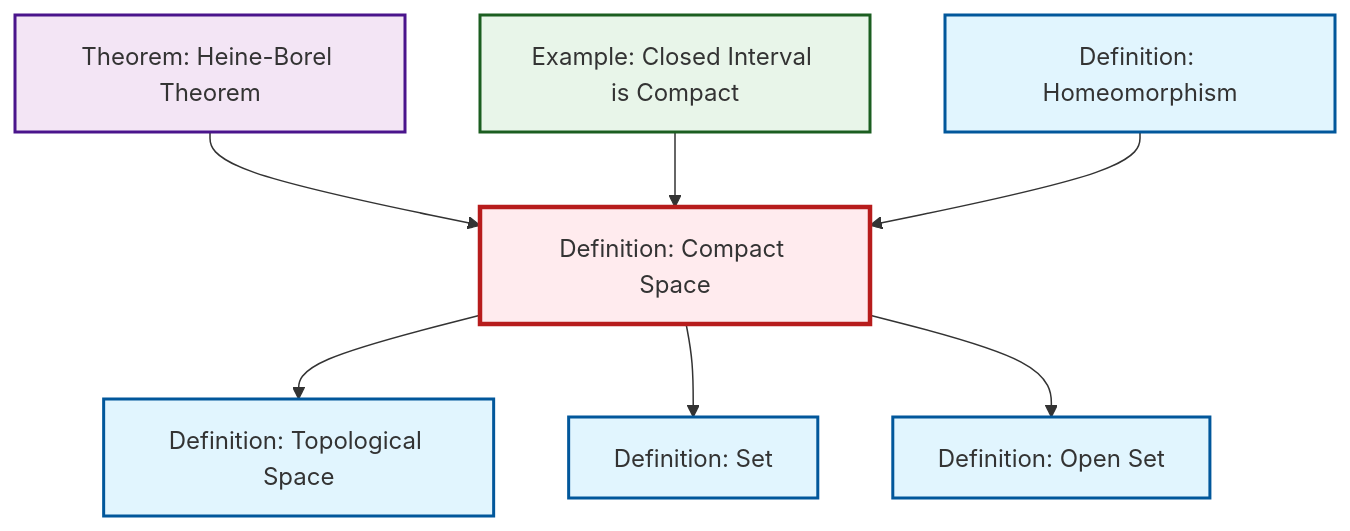
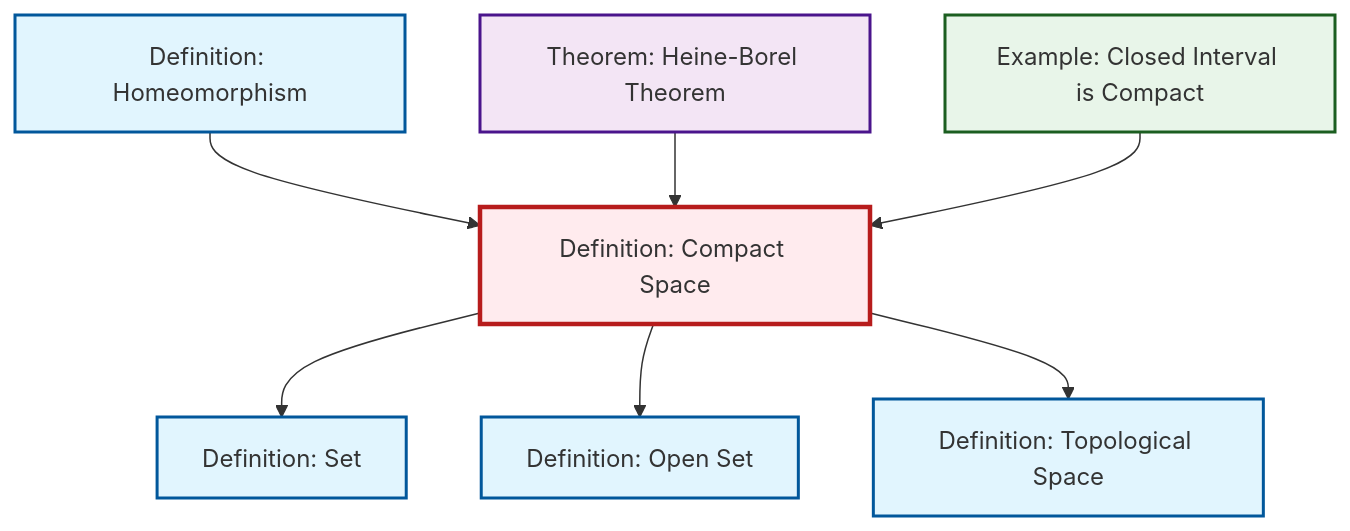
Before and after one commit to RK0429/ModernMath: the diagram in content/ja/topology/def-compact.qmd, drawn with Mermaid. The commit also changed other lines of this file and 654 other files, not shown here.

````diff
--- a/content/ja/topology/def-compact.qmd
+++ b/content/ja/topology/def-compact.qmd
@@ -49,29 +49,29 @@
 ```{mermaid}
 %%| fig-cap: "Local dependency graph"
 graph TD
     classDef definition fill:#e1f5fe,stroke:#01579b,stroke-width:2px
     classDef theorem fill:#f3e5f5,stroke:#4a148c,stroke-width:2px
     classDef axiom fill:#fff3e0,stroke:#e65100,stroke-width:2px
     classDef example fill:#e8f5e9,stroke:#1b5e20,stroke-width:2px
     classDef current fill:#ffebee,stroke:#b71c1c,stroke-width:3px
-    def-homeomorphism["Definition: Homeomorphism"]:::definition
-    def-compact["Definition: Compact Space"]:::definition
-    ex-closed-interval-compact["Example: Closed Interval is Compact"]:::example
-    thm-heine-borel["Theorem: Heine-Borel Theorem"]:::theorem
-    def-topological-space["Definition: Topological Space"]:::definition
     def-set["Definition: Set"]:::definition
     def-open-set["Definition: Open Set"]:::definition
+    ex-closed-interval-compact["Example: Closed Interval is Compact"]:::example
+    def-homeomorphism["Definition: Homeomorphism"]:::definition
+    thm-heine-borel["Theorem: Heine-Borel Theorem"]:::theorem
+    def-compact["Definition: Compact Space"]:::definition
+    def-topological-space["Definition: Topological Space"]:::definition
+    def-compact --> def-set
+    def-homeomorphism --> def-compact
+    def-compact --> def-open-set
+    thm-heine-borel --> def-compact
     def-compact --> def-topological-space
-    def-compact --> def-set
-    thm-heine-borel --> def-compact
     ex-closed-interval-compact --> def-compact
-    def-compact --> def-open-set
-    def-homeomorphism --> def-compact
     class def-compact current
+    click def-set "def-set.html" "Definition: Setへ"
+    click def-open-set "def-open-set.html" "Definition: Open Setへ"
+    click ex-closed-interval-compact "ex-closed-interval-compact.html" "Example: Closed Interval is Compactへ"
     click def-homeomorphism "def-homeomorphism.html" "Definition: Homeomorphismへ"
-    click ex-closed-interval-compact "ex-closed-interval-compact.html" "Example: Closed Interval is Compactへ"
     click thm-heine-borel "thm-heine-borel.html" "Theorem: Heine-Borel Theoremへ"
     click def-topological-space "def-topological-space.html" "Definition: Topological Spaceへ"
-    click def-set "def-set.html" "Definition: Setへ"
-    click def-open-set "def-open-set.html" "Definition: Open Setへ"
 ```
````
